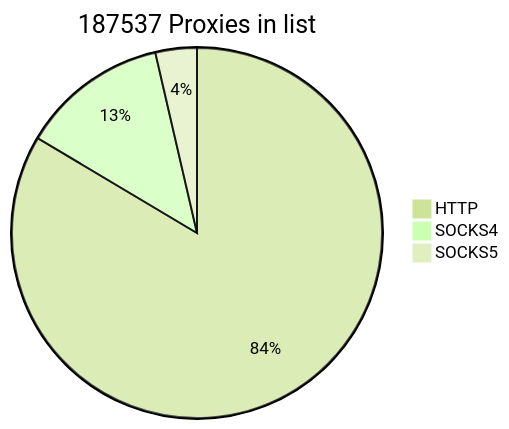
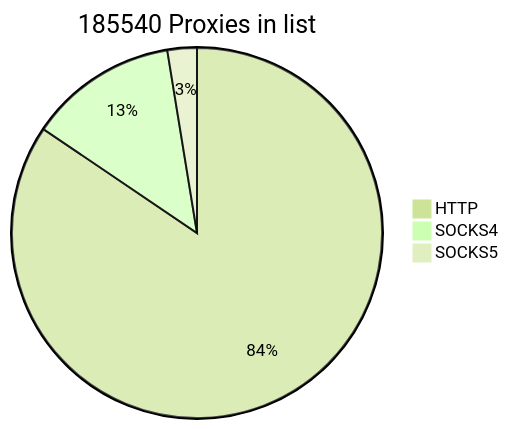
Before and after one commit to cutipu/proxylist: the first of 2 diagrams in README.md, drawn with Mermaid (forest theme). The commit also changed other lines of this file, not shown here.

````diff
--- a/README.md
+++ b/README.md
@@ -2,7 +2,7 @@
 ```mermaid
-pie title 187537 Proxies in list
-    "HTTP" : 156691
+pie title 185540 Proxies in list
+    "HTTP" : 156707
     "SOCKS4" : 24062
-    "SOCKS5" : 6784
+    "SOCKS5" : 4771
             
 ```
````
